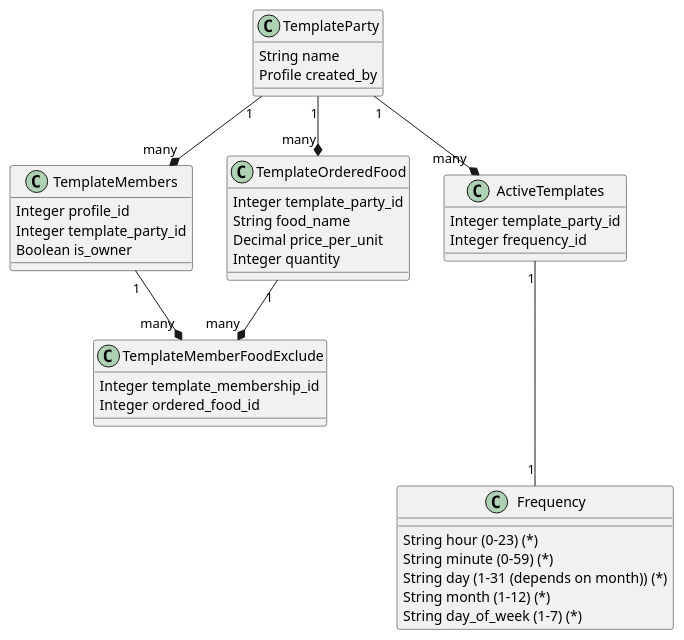
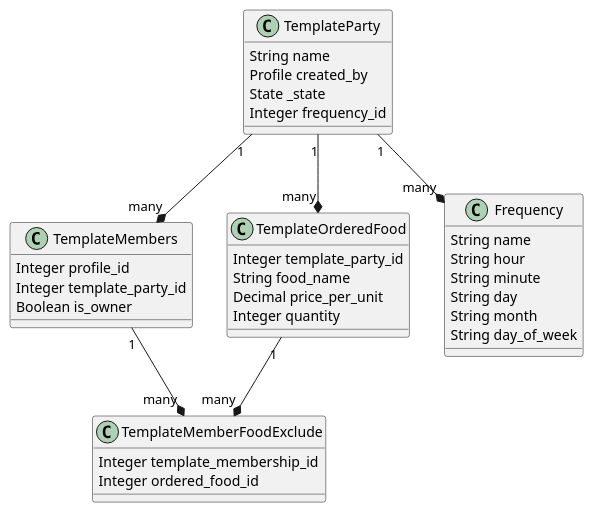
The diagram in umltemplateparties.puml (DDshka/PartyCalculator), drawn with PlantUML before and after one commit. The commit also changed 28 other files, not shown here.

```diff
--- a/umltemplateparties.puml
+++ b/umltemplateparties.puml
@@ -1,45 +1,41 @@
 @startuml
 class TemplateParty {
   String name
   Profile created_by
+  State _state
+  Integer frequency_id
 }
 
 class TemplateMembers {
   Integer profile_id
   Integer template_party_id
   Boolean is_owner
 }
 
 class TemplateMemberFoodExclude {
   Integer template_membership_id
   Integer ordered_food_id
 }
 
 class TemplateOrderedFood {
   Integer template_party_id
   String food_name
   Decimal price_per_unit
   Integer quantity
 }
 
-class ActiveTemplates {
-  Integer template_party_id
-  Integer frequency_id
-}
-
 class Frequency {
-  String hour (0-23) (*)
-  String minute (0-59) (*)
-  String day (1-31 (depends on month)) (*)
-  String month (1-12) (*)
-  String day_of_week (1-7) (*)
+  String name
+  String hour
+  String minute
+  String day
+  String month
+  String day_of_week
 }
 
 TemplateParty "1" --* "many" TemplateMembers
 TemplateMembers "1" --* "many" TemplateMemberFoodExclude
 TemplateParty "1" --* "many" TemplateOrderedFood
 TemplateOrderedFood "1" --* "many" TemplateMemberFoodExclude
-
-TemplateParty "1" --* "many" ActiveTemplates
-ActiveTemplates "1" --- "1" Frequency
+TemplateParty "1" --* "many" Frequency
 @enduml
```
